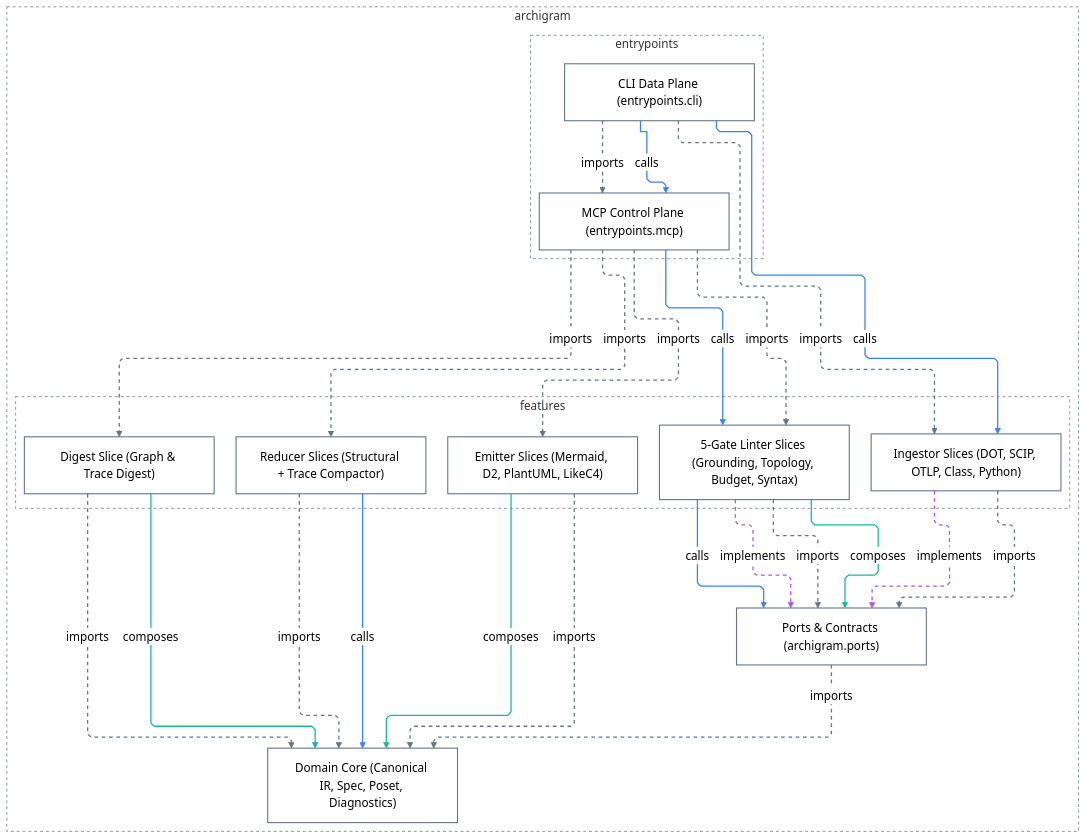
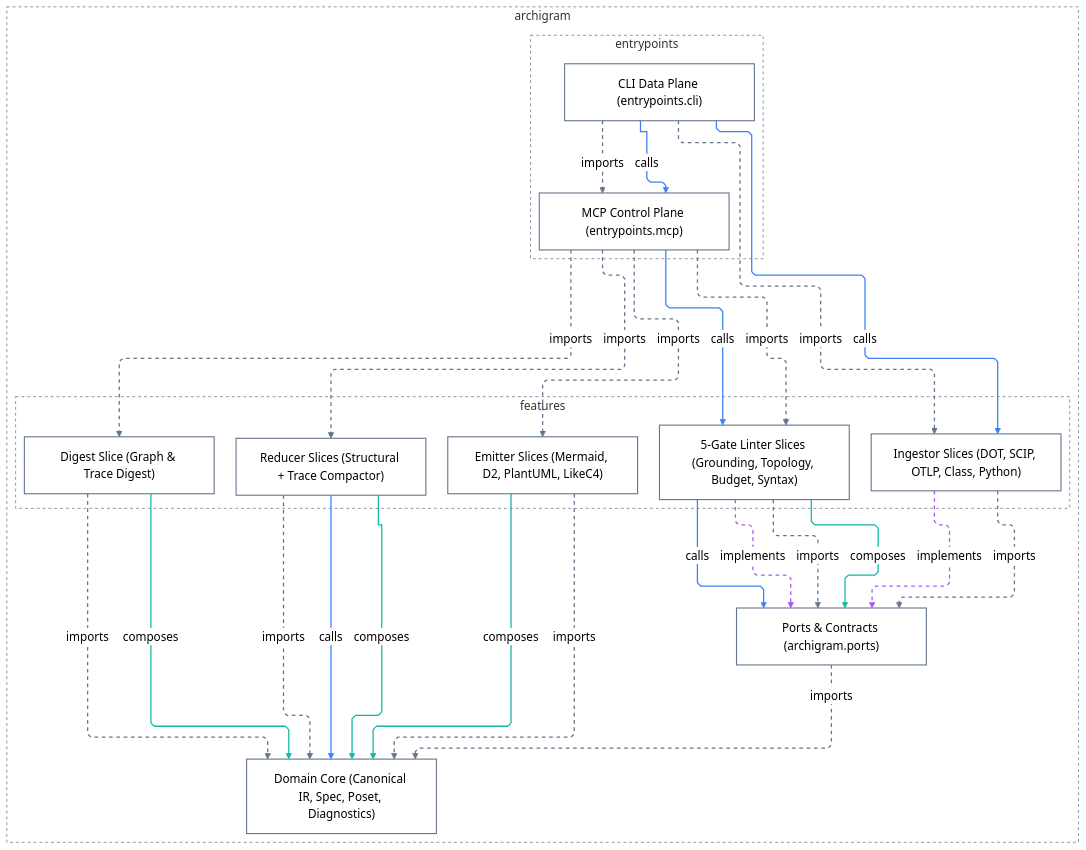
One commit to klcd/archigram changed the diagram in docs/architecture/L0-system-and-rings.md. Above: the diagram before and after it, drawn with Mermaid (neutral theme). The commit also changed 28 other files, not shown here.

````diff
--- a/docs/architecture/L0-system-and-rings.md
+++ b/docs/architecture/L0-system-and-rings.md
@@ -36,58 +36,59 @@
 ```mermaid
 ---
 config:
   layout: elk
   elk:
     mergeEdges: false
     nodePlacementStrategy: BRANDES_KOEPF
   flowchart:
     defaultRenderer: elk
     curve: linear
 ---
 flowchart TD
   classDef default fill:transparent,stroke:#64748b,stroke-width:1.5px
   subgraph n0["archigram"]
     subgraph n1["entrypoints"]
       n3["CLI Data Plane (entrypoints.cli)"]
       n10["MCP Control Plane (entrypoints.mcp)"]
     end
     subgraph n2["features"]
       n5["Digest Slice (Graph & Trace Digest)"]
       n6["Emitter Slices (Mermaid, D2, PlantUML, LikeC4)"]
       n7["Ingestor Slices (DOT, SCIP, OTLP, Class, Python)"]
       n8["5-Gate Linter Slices (Grounding, Topology, Budget, Syntax)"]
       n9["Reducer Slices (Structural + Trace Compactor)"]
     end
     n4["Domain Core (Canonical IR, Spec, Poset, Diagnostics)"]
     n11["Ports & Contracts (archigram.ports)"]
   end
   style n0 fill:transparent,stroke:#64748b,stroke-width:1px,stroke-dasharray:4 4
   style n1 fill:transparent,stroke:#64748b,stroke-width:1px,stroke-dasharray:4 4
   style n2 fill:transparent,stroke:#64748b,stroke-width:1px,stroke-dasharray:4 4
   n5 -.->|"imports"| n4
   n5 -->|"composes"| n4
   n9 -.->|"imports"| n4
   n9 -->|"calls"| n4
   n11 -.->|"imports"| n4
+  n9 -->|"composes"| n4
   n6 -.->|"imports"| n4
   n6 -->|"composes"| n4
   n10 -.->|"imports"| n5
   n10 -.->|"imports"| n6
   n3 -->|"calls"| n7
   n3 -.->|"imports"| n7
   n10 -.->|"imports"| n8
   n10 -->|"calls"| n8
   n10 -.->|"imports"| n9
   n3 -->|"calls"| n10
   n3 -.->|"imports"| n10
   n8 -.->|"implements"| n11
   n8 -.->|"imports"| n11
   n7 -.->|"implements"| n11
   n7 -.->|"imports"| n11
   n8 -->|"composes"| n11
   n8 -->|"calls"| n11
-  linkStyle 0,2,4,5,7,8,10,11,13,15,17,19 stroke:#64748b,stroke-width:1.75px,stroke-dasharray:5 5
-  linkStyle 1,6,20 stroke:#14b8a6,stroke-width:1.75px
-  linkStyle 3,9,12,14,21 stroke:#3b82f6,stroke-width:1.75px
-  linkStyle 16,18 stroke:#a855f7,stroke-width:1.75px,stroke-dasharray:5 5
+  linkStyle 0,2,4,6,8,9,11,12,14,16,18,20 stroke:#64748b,stroke-width:1.75px,stroke-dasharray:5 5
+  linkStyle 1,5,7,21 stroke:#14b8a6,stroke-width:1.75px
+  linkStyle 3,10,13,15,22 stroke:#3b82f6,stroke-width:1.75px
+  linkStyle 17,19 stroke:#a855f7,stroke-width:1.75px,stroke-dasharray:5 5
 ```
````
